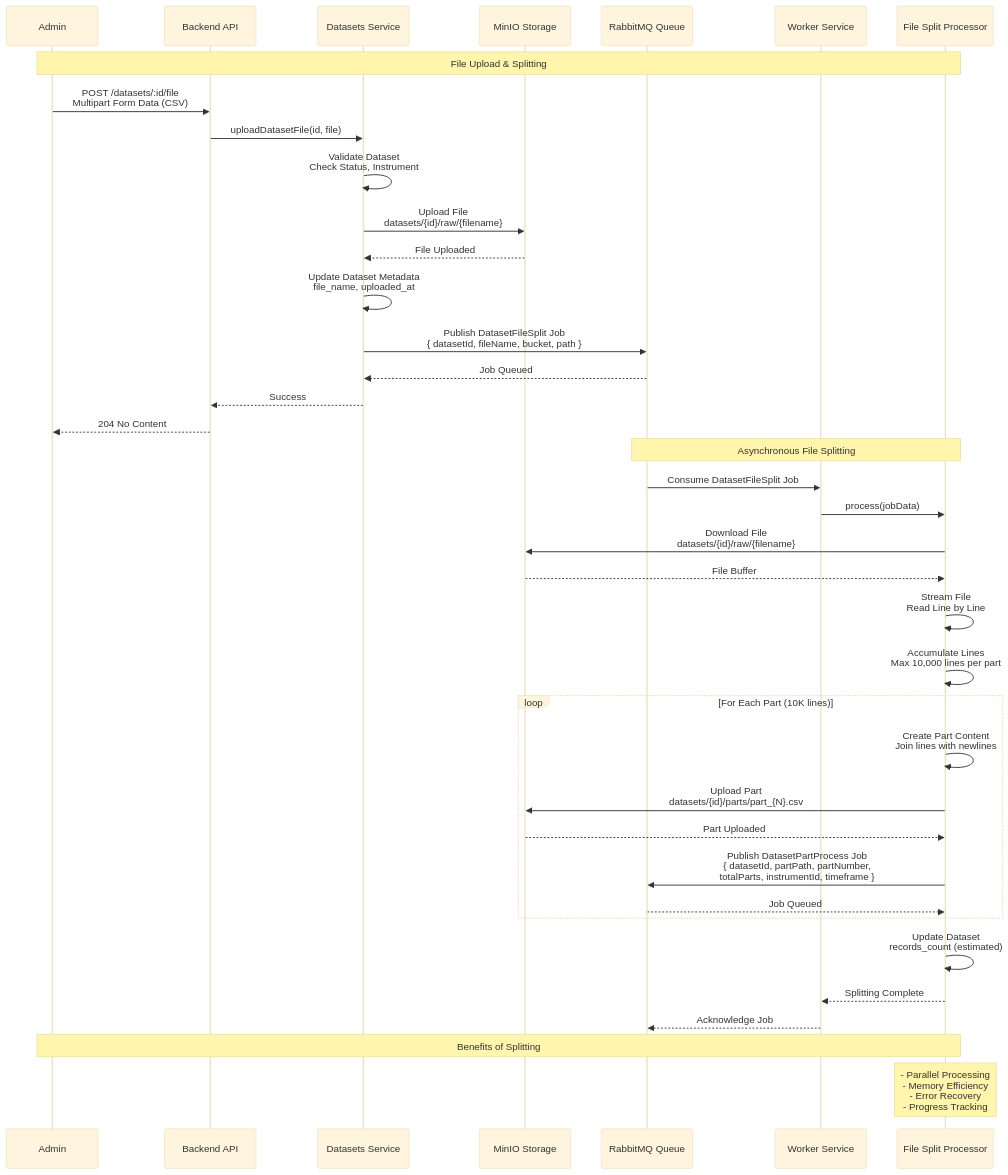
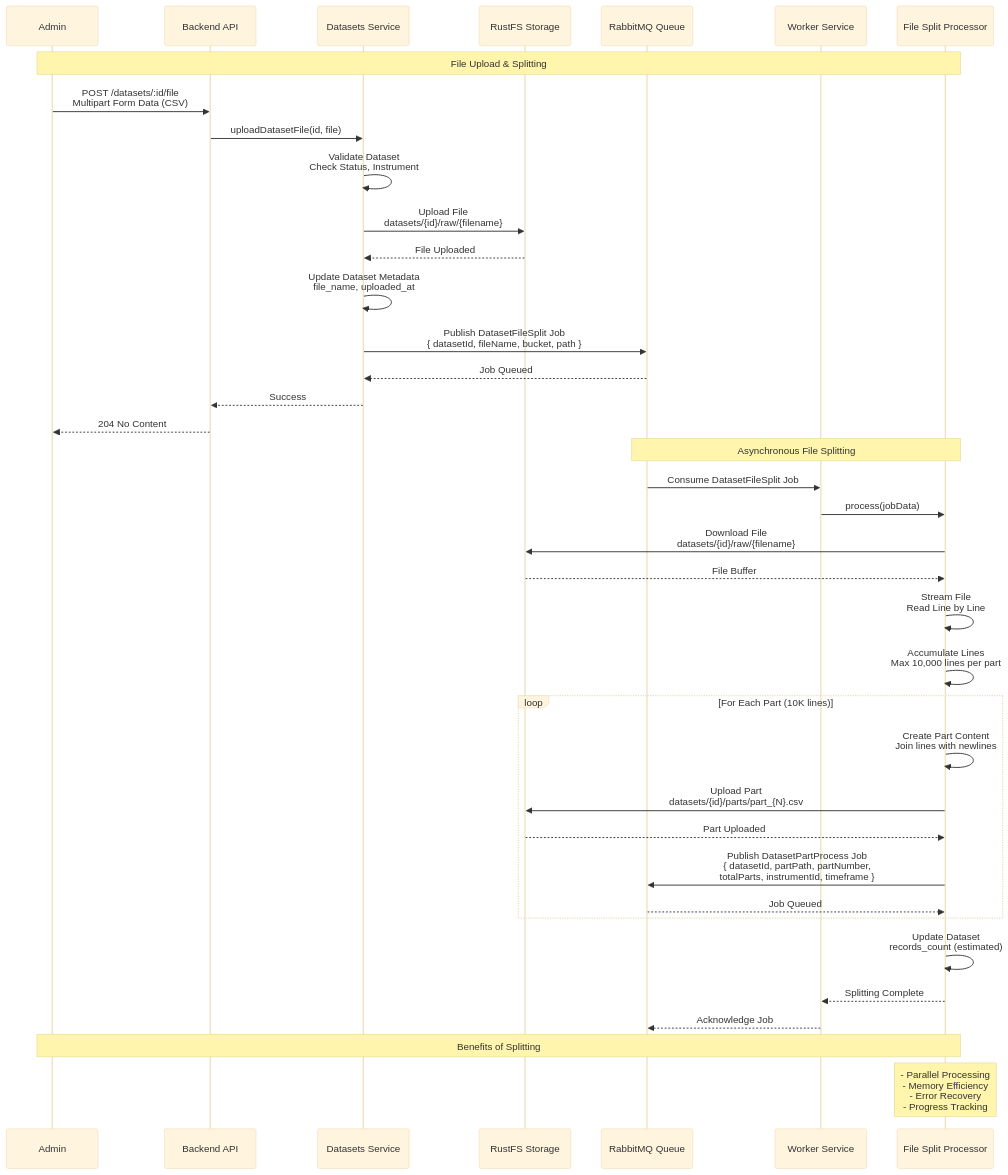
One commit to DamienReichhart/BackTrade changed the diagram in documentation/dataset-processing/file-splitting.md. Above: the diagram before and after it, drawn with Mermaid (base theme). The commit also changed 18 other files, not shown here.

````diff
--- a/documentation/dataset-processing/file-splitting.md
+++ b/documentation/dataset-processing/file-splitting.md
@@ -1,54 +1,54 @@
 ```mermaid
 sequenceDiagram
     participant Admin
     participant API as Backend API
     participant DatasetsService as Datasets Service
-    participant MinIO as MinIO Storage
+    participant RustFS as RustFS Storage
     participant Queue as RabbitMQ Queue
     participant Worker as Worker Service
     participant SplitProcessor as File Split Processor
 
     Note over Admin,SplitProcessor: File Upload & Splitting
 
     Admin->>API: POST /datasets/:id/file<br/>Multipart Form Data (CSV)
     API->>DatasetsService: uploadDatasetFile(id, file)
 
     DatasetsService->>DatasetsService: Validate Dataset<br/>Check Status, Instrument
-    DatasetsService->>MinIO: Upload File<br/>datasets/{id}/raw/{filename}
-    MinIO-->>DatasetsService: File Uploaded
+    DatasetsService->>RustFS: Upload File<br/>datasets/{id}/raw/{filename}
+    RustFS-->>DatasetsService: File Uploaded
 
     DatasetsService->>DatasetsService: Update Dataset Metadata<br/>file_name, uploaded_at
     DatasetsService->>Queue: Publish DatasetFileSplit Job<br/>{ datasetId, fileName, bucket, path }
     Queue-->>DatasetsService: Job Queued
 
     DatasetsService-->>API: Success
     API-->>Admin: 204 No Content
 
     Note over Queue,SplitProcessor: Asynchronous File Splitting
 
     Queue->>Worker: Consume DatasetFileSplit Job
     Worker->>SplitProcessor: process(jobData)
 
-    SplitProcessor->>MinIO: Download File<br/>datasets/{id}/raw/{filename}
-    MinIO-->>SplitProcessor: File Buffer
+    SplitProcessor->>RustFS: Download File<br/>datasets/{id}/raw/{filename}
+    RustFS-->>SplitProcessor: File Buffer
 
     SplitProcessor->>SplitProcessor: Stream File<br/>Read Line by Line
     SplitProcessor->>SplitProcessor: Accumulate Lines<br/>Max 10,000 lines per part
 
     loop For Each Part (10K lines)
         SplitProcessor->>SplitProcessor: Create Part Content<br/>Join lines with newlines
-        SplitProcessor->>MinIO: Upload Part<br/>datasets/{id}/parts/part_{N}.csv
-        MinIO-->>SplitProcessor: Part Uploaded
+        SplitProcessor->>RustFS: Upload Part<br/>datasets/{id}/parts/part_{N}.csv
+        RustFS-->>SplitProcessor: Part Uploaded
 
         SplitProcessor->>Queue: Publish DatasetPartProcess Job<br/>{ datasetId, partPath, partNumber,<br/>totalParts, instrumentId, timeframe }
         Queue-->>SplitProcessor: Job Queued
     end
 
     SplitProcessor->>SplitProcessor: Update Dataset<br/>records_count (estimated)
     SplitProcessor-->>Worker: Splitting Complete
     Worker-->>Queue: Acknowledge Job
 
     Note over Admin,SplitProcessor: Benefits of Splitting
 
     Note over SplitProcessor: - Parallel Processing<br/>- Memory Efficiency<br/>- Error Recovery<br/>- Progress Tracking
 ```
````
